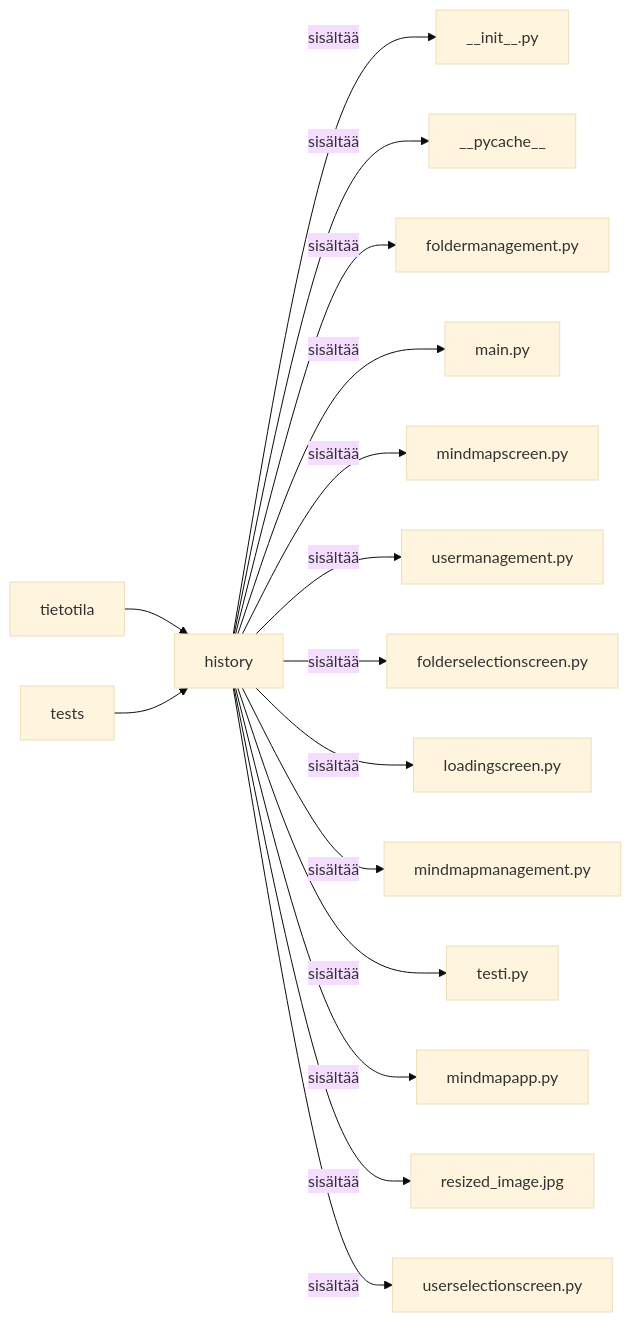
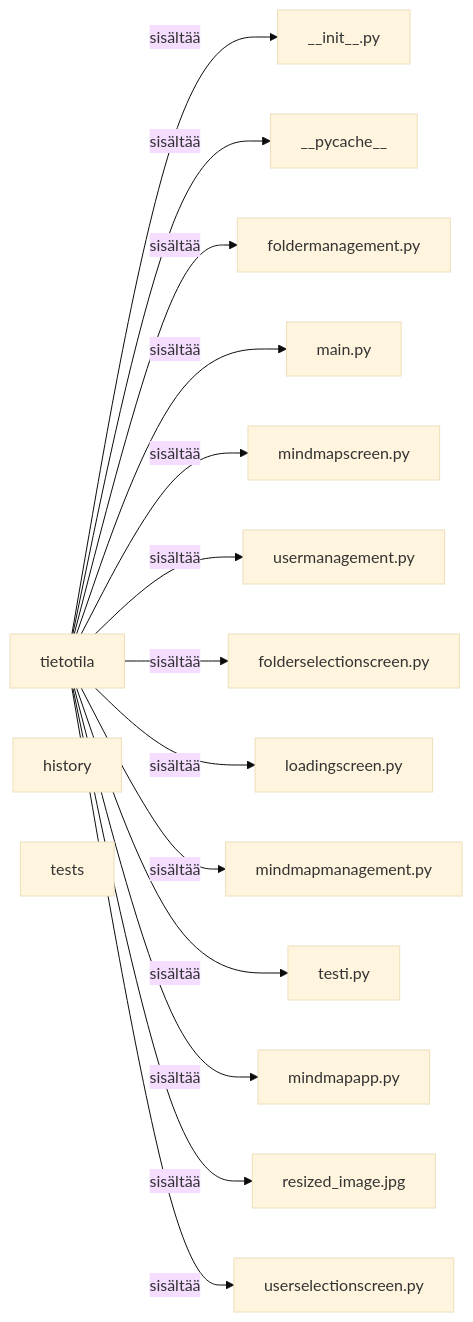
One commit to ErikHuuskonen/ot-harjoitustyo changed the first of 2 diagrams in dokumentaatio/arkkitehtuuri.md. Above: the diagram before and after it, drawn with Mermaid (base theme).

````diff
--- a/dokumentaatio/arkkitehtuuri.md
+++ b/dokumentaatio/arkkitehtuuri.md
@@ -7,22 +7,21 @@
 ```mermaid
 graph LR
-A[history]
-B[tests]
-C[tietotila]
+A[tietotila]
+B[history]
+C[tests]
+
 A -->|sisältää| A1[__init__.py]
 A -->|sisältää| A2[__pycache__]
 A -->|sisältää| A3[foldermanagement.py]
 A -->|sisältää| A4[main.py]
 A -->|sisältää| A5[mindmapscreen.py]
 A -->|sisältää| A6[usermanagement.py]
 A -->|sisältää| A7[folderselectionscreen.py]
 A -->|sisältää| A8[loadingscreen.py]
 A -->|sisältää| A9[mindmapmanagement.py]
 A -->|sisältää| A10[testi.py]
 A -->|sisältää| A11[mindmapapp.py]
 A -->|sisältää| A12[resized_image.jpg]
 A -->|sisältää| A13[userselectionscreen.py]
 
-C --> A
-B --> A
 ```
````
